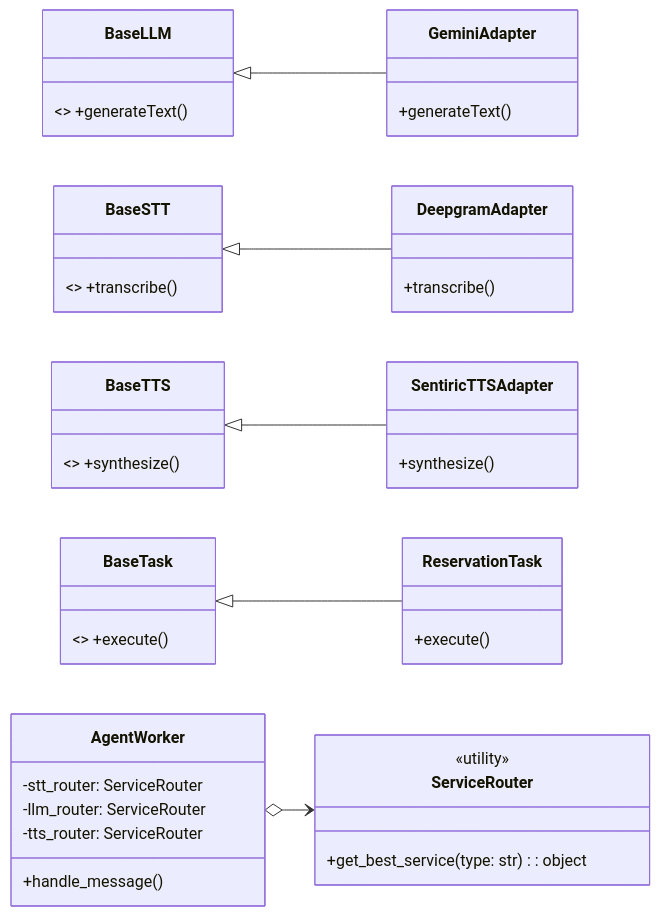
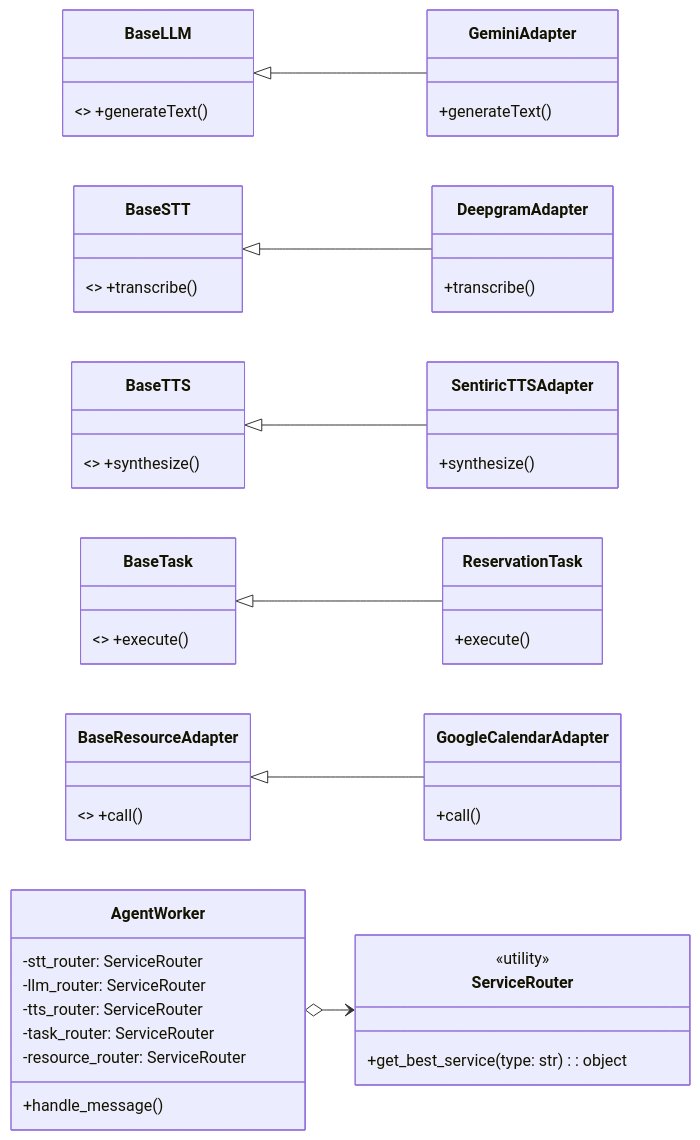
The second of 3 diagrams in docs/blueprint/Architecture-Overview.md (sentiric/sentiric-governance), drawn with Mermaid before and after one commit. The commit also changed other lines of this file and 5 other files, not shown here.

````diff
--- a/docs/blueprint/Architecture-Overview.md
+++ b/docs/blueprint/Architecture-Overview.md
@@ -61,33 +79,38 @@
 ```mermaid
 classDiagram
     direction LR
 
     class BaseLLM { <<interface>> +generateText() }
     class BaseSTT { <<interface>> +transcribe() }
     class BaseTTS { <<interface>> +synthesize() }
     class BaseTask { <<interface>> +execute() }
+    class BaseResourceAdapter { <<interface>> +call() }
 
     class GeminiAdapter { +generateText() }
     class DeepgramAdapter { +transcribe() }
     class SentiricTTSAdapter { +synthesize() }
     class ReservationTask { +execute() }
+    class GoogleCalendarAdapter { +call() }
 
     class ServiceRouter {
       <<utility>>
       +get_best_service(type: str): object
     }
     
     class AgentWorker {
         -stt_router: ServiceRouter
         -llm_router: ServiceRouter
         -tts_router: ServiceRouter
+        -task_router: ServiceRouter
+        -resource_router: ServiceRouter
         +handle_message()
     }
 
     BaseLLM <|-- GeminiAdapter
     BaseSTT <|-- DeepgramAdapter
     BaseTTS <|-- SentiricTTSAdapter
     BaseTask <|-- ReservationTask
+    BaseResourceAdapter <|-- GoogleCalendarAdapter
     
     AgentWorker o--> ServiceRouter
 ```
````
